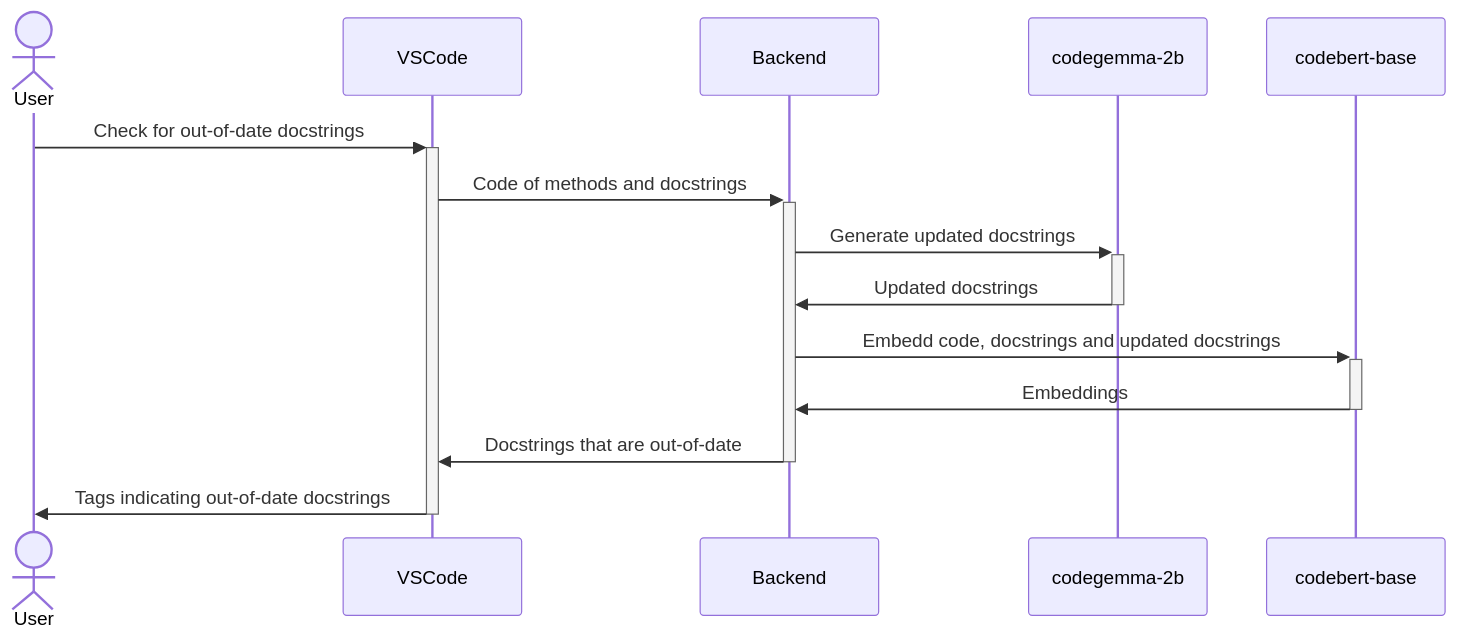
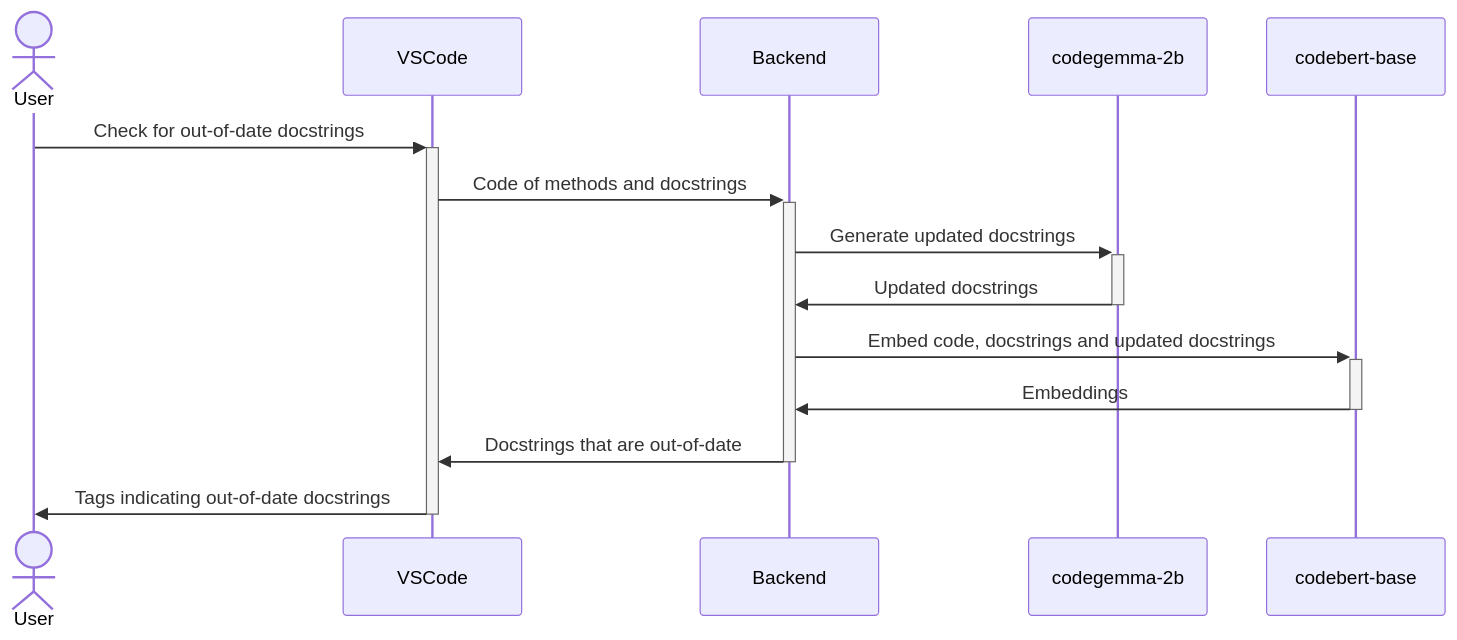
One commit to CR1337/LLaMaDoc changed the first of 2 diagrams in resources/diagrams/sequence.md. Above: the diagram before and after it, drawn with Mermaid. The commit also changed 3 other files, not shown here.

Commit message:
updated diagrams

````diff
--- a/resources/diagrams/sequence.md
+++ b/resources/diagrams/sequence.md
@@ -3,17 +3,17 @@
 ```mermaid
 sequenceDiagram
     actor User
     participant VSCode
     participant Backend
     participant codegemma-2b
     participant codebert-base
 
     User->>+VSCode: Check for out-of-date docstrings
     VSCode->>+Backend: Code of methods and docstrings
     Backend->>+codegemma-2b: Generate updated docstrings
     codegemma-2b->>-Backend: Updated docstrings
-    Backend->>+codebert-base: Embedd code, docstrings and updated docstrings
+    Backend->>+codebert-base: Embed code, docstrings and updated docstrings
     codebert-base->>-Backend: Embeddings
     Backend->>-VSCode: Docstrings that are out-of-date
     VSCode->>-User: Tags indicating out-of-date docstrings
 ```
````
